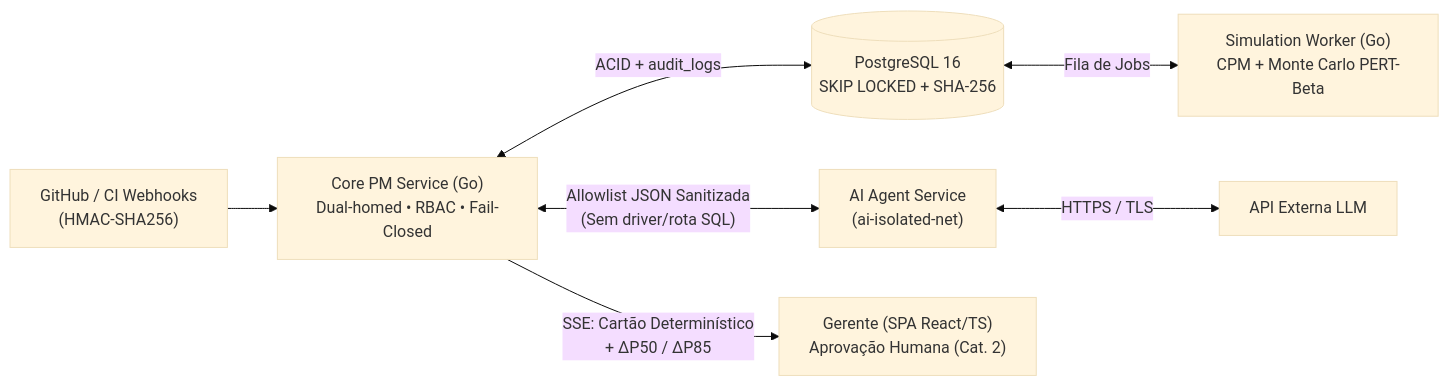
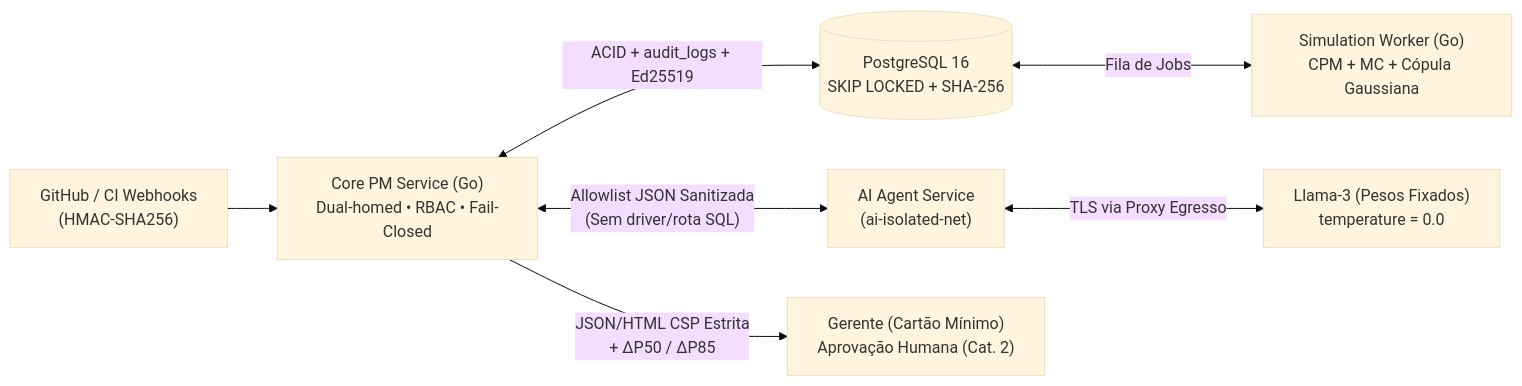
Before and after one commit to carlinn1/TCC-01: the diagram in README.md, drawn with Mermaid (base theme). The commit also changed other lines of this file and 2 other files, not shown here.

````diff
--- a/README.md
+++ b/README.md
@@ -50,9 +50,9 @@
 ```mermaid
 flowchart LR
     GH["GitHub / CI Webhooks<br/>(HMAC-SHA256)"] --> Core["Core PM Service (Go)<br/>Dual-homed • RBAC • Fail-Closed"]
-    Core <-->|"ACID + audit_logs"| PG[("PostgreSQL 16<br/>SKIP LOCKED + SHA-256")]
-    PG <-->|"Fila de Jobs"| Worker["Simulation Worker (Go)<br/>CPM + Monte Carlo PERT-Beta"]
+    Core <-->|"ACID + audit_logs + Ed25519"| PG[("PostgreSQL 16<br/>SKIP LOCKED + SHA-256")]
+    PG <-->|"Fila de Jobs"| Worker["Simulation Worker (Go)<br/>CPM + MC + Cópula Gaussiana"]
     Core <-->|"Allowlist JSON Sanitizada<br/>(Sem driver/rota SQL)"| AI["AI Agent Service<br/>(ai-isolated-net)"]
-    AI <-->|"HTTPS / TLS"| LLM["API Externa LLM"]
-    Core -->|"SSE: Cartão Determinístico<br/>+ ΔP50 / ΔP85"| UI["Gerente (SPA React/TS)<br/>Aprovação Humana (Cat. 2)"]
+    AI <-->|"TLS via Proxy Egresso"| LLM["Llama-3 (Pesos Fixados)<br/>temperature = 0.0"]
+    Core -->|"JSON/HTML CSP Estrita<br/>+ ΔP50 / ΔP85"| UI["Gerente (Cartão Mínimo)<br/>Aprovação Humana (Cat. 2)"]
 ```
````
